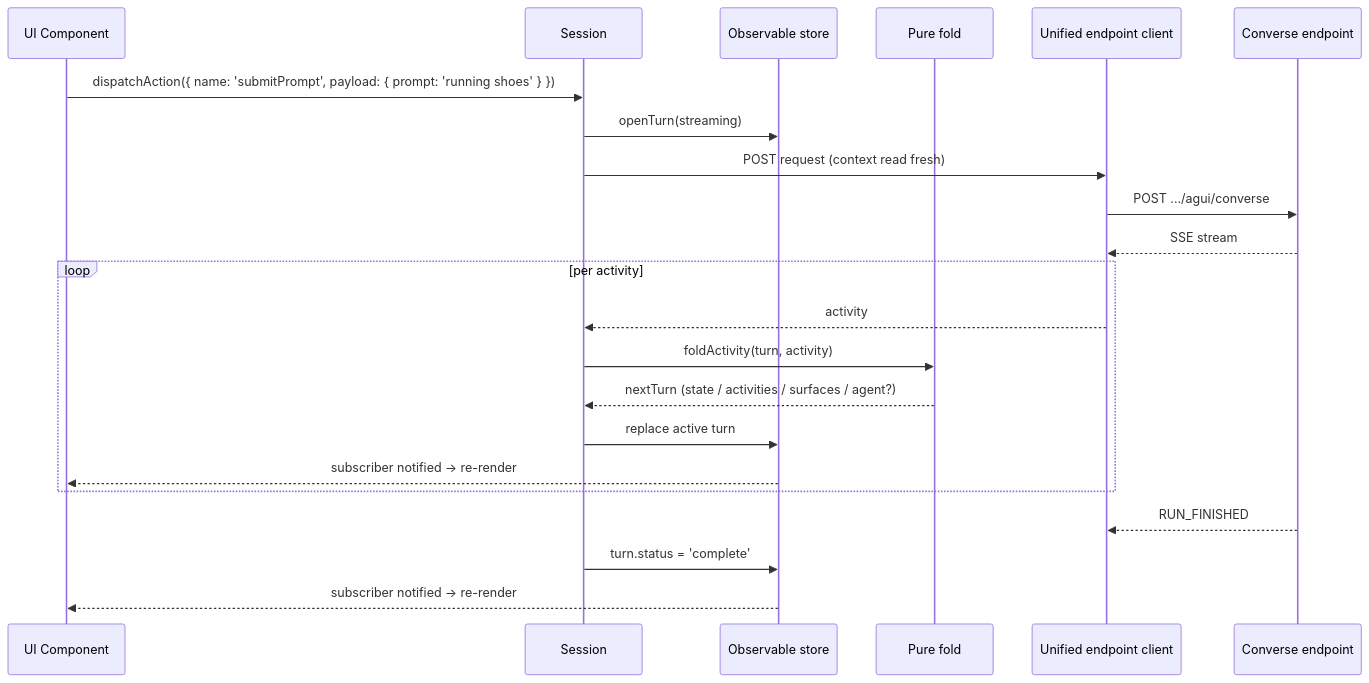
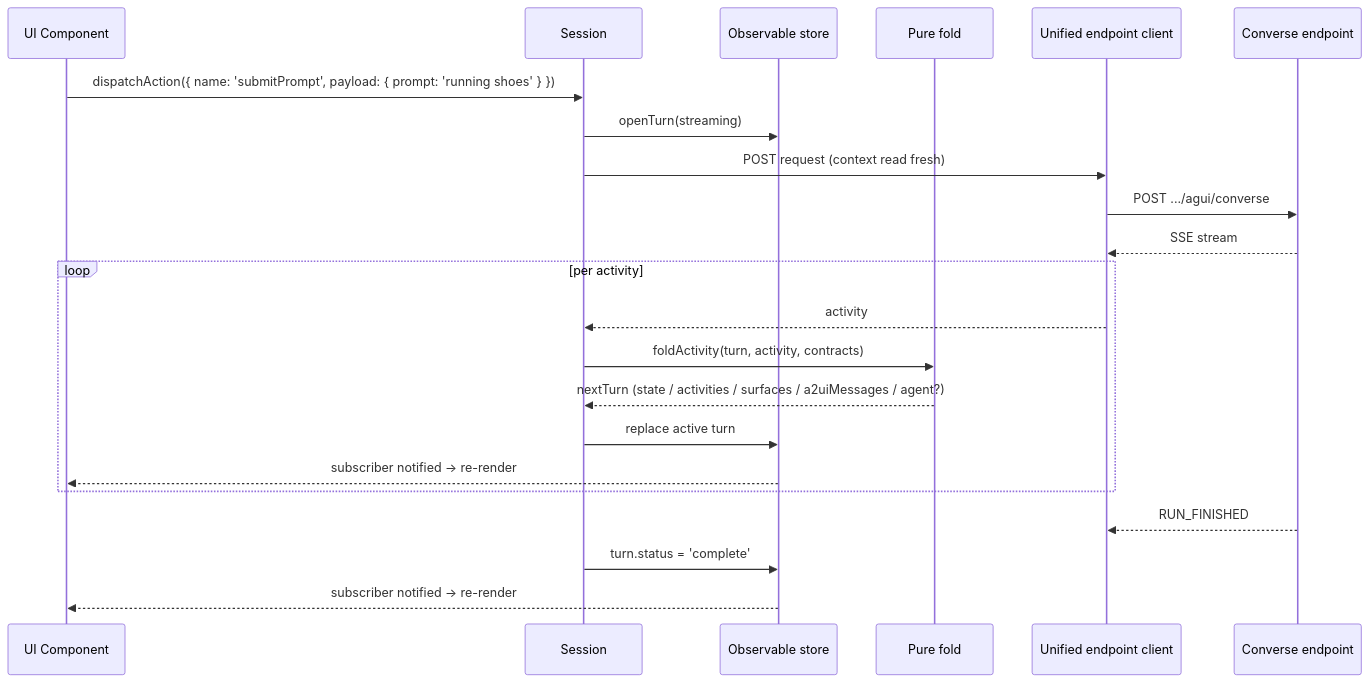
Before and after one commit to coveo/ui-kit: the second of 2 diagrams in packages/thermidor/docs/architecture.md, drawn with Mermaid. The commit also changed other lines of this file and 3 other files, not shown here.

Commit message:
docs(thermidor): refresh the demo sample and package architecture docs j:KIT-6348 (#8706)

````diff
--- a/packages/thermidor/docs/architecture.md
+++ b/packages/thermidor/docs/architecture.md
@@ -182,25 +210,25 @@
 ```mermaid
 sequenceDiagram
     participant UI as UI Component
     participant S as Session
     participant Store as Observable store
     participant Fold as Pure fold
     participant API as Unified endpoint client
     participant Coveo as Converse endpoint
 
     UI->>S: dispatchAction({ name: 'submitPrompt', payload: { prompt: 'running shoes' } })
     S->>Store: openTurn(streaming)
     S->>API: POST request (context read fresh)
     API->>Coveo: POST .../agui/converse
     Coveo-->>API: SSE stream
     loop per activity
         API-->>S: activity
-        S->>Fold: foldActivity(turn, activity)
-        Fold-->>S: nextTurn (state / activities / surfaces / agent?)
+        S->>Fold: foldActivity(turn, activity, contracts)
+        Fold-->>S: nextTurn (state / activities / surfaces / a2uiMessages / agent?)
         S->>Store: replace active turn
         Store-->>UI: subscriber notified → re-render
     end
     Coveo-->>API: RUN_FINISHED
     S->>Store: turn.status = 'complete'
     Store-->>UI: subscriber notified → re-render
 ```
````
